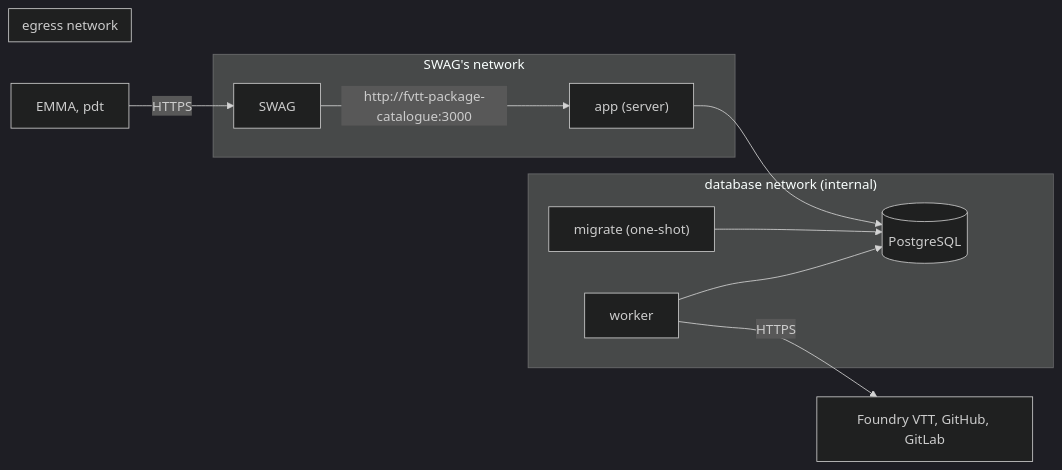
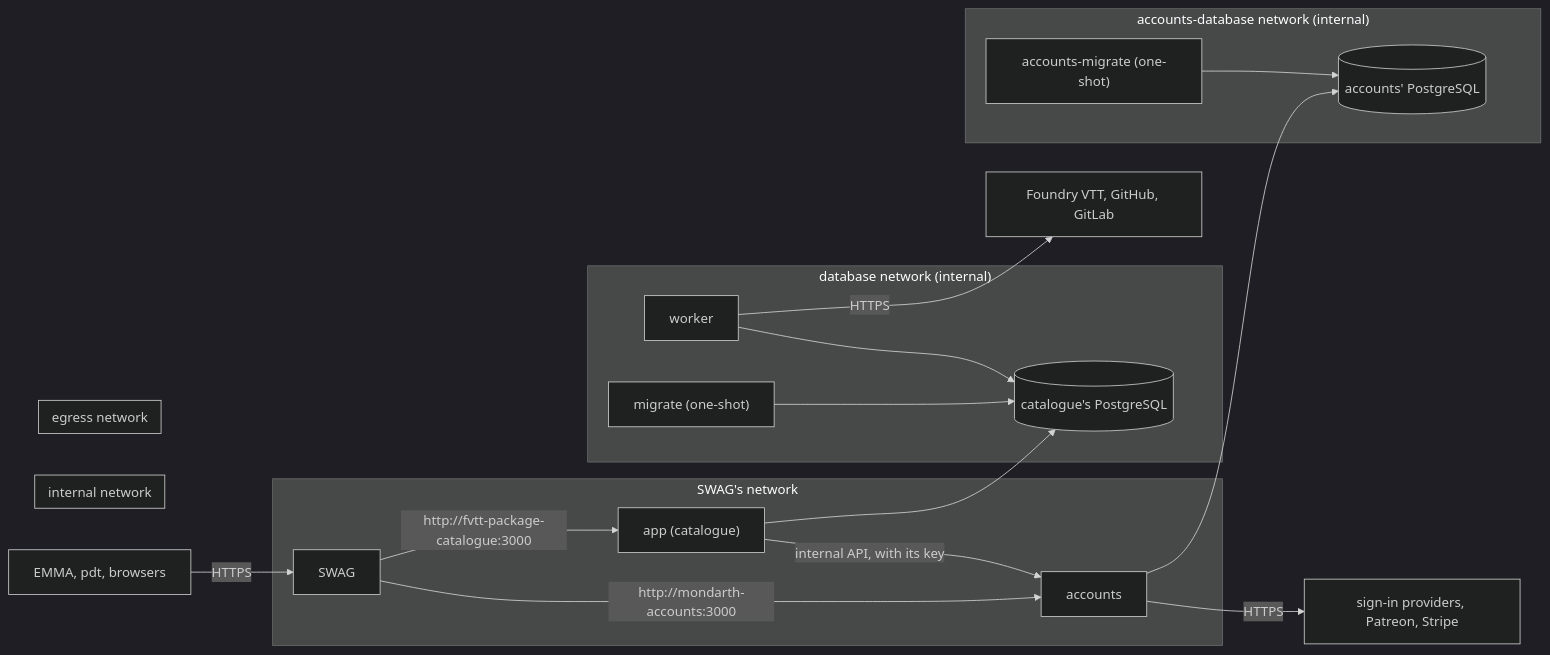
Before and after one commit to Mondarth/fvtt-package-catalogue: the diagram in docs/user/deployment.md, drawn with Mermaid (dark theme). The commit also changed other lines of this file and 247 other files, not shown here.

````diff
--- a/docs/user/deployment.md
+++ b/docs/user/deployment.md
@@ -8,22 +9,38 @@
 ```{mermaid}
 flowchart LR
-    client["EMMA, pdt"] -- HTTPS --> swag["SWAG"]
+    client["EMMA, pdt, browsers"] -- HTTPS --> swag["SWAG"]
     subgraph swagnet ["SWAG's network"]
       swag
       app
+      accounts
     end
-    swag -- "http://fvtt-package-catalogue:3000" --> app["app (server)"]
+    swag -- "http://fvtt-package-catalogue:3000" --> app["app (catalogue)"]
+    swag -- "http://mondarth-accounts:3000" --> accounts["accounts"]
+    subgraph internal ["internal network"]
+      app
+      accounts
+    end
+    app -- "internal API, with its key" --> accounts
     subgraph database ["database network (internal)"]
       app
       migrate["migrate (one-shot)"]
       worker
-      db[(PostgreSQL)]
+      db[(catalogue's PostgreSQL)]
     end
     app --> db
     migrate --> db
     worker --> db
+    subgraph accountsdb ["accounts-database network (internal)"]
+      accounts
+      accountsmigrate["accounts-migrate (one-shot)"]
+      adb[(accounts' PostgreSQL)]
+    end
+    accounts --> adb
+    accountsmigrate --> adb
     subgraph egress ["egress network"]
       worker
+      accounts
     end
     worker -- HTTPS --> web["Foundry VTT, GitHub, GitLab"]
+    accounts -- HTTPS --> providers["sign-in providers, Patreon, Stripe"]
 ```
````
